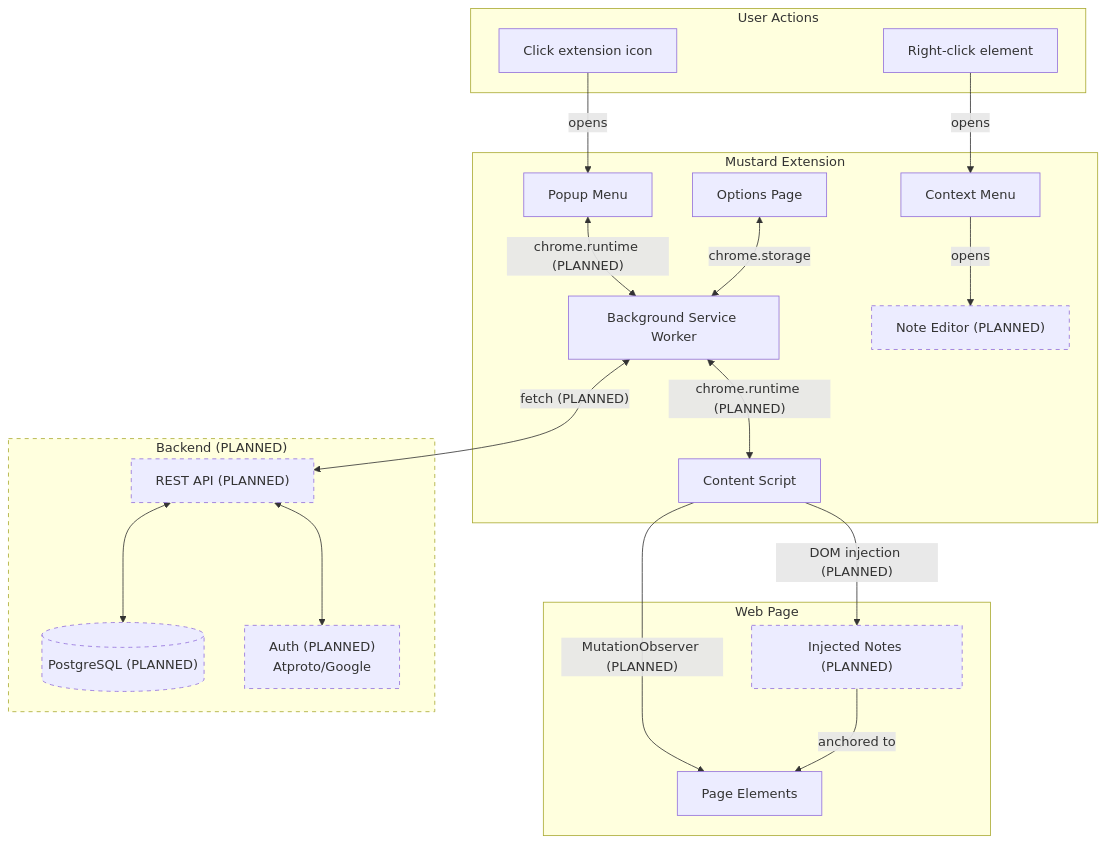
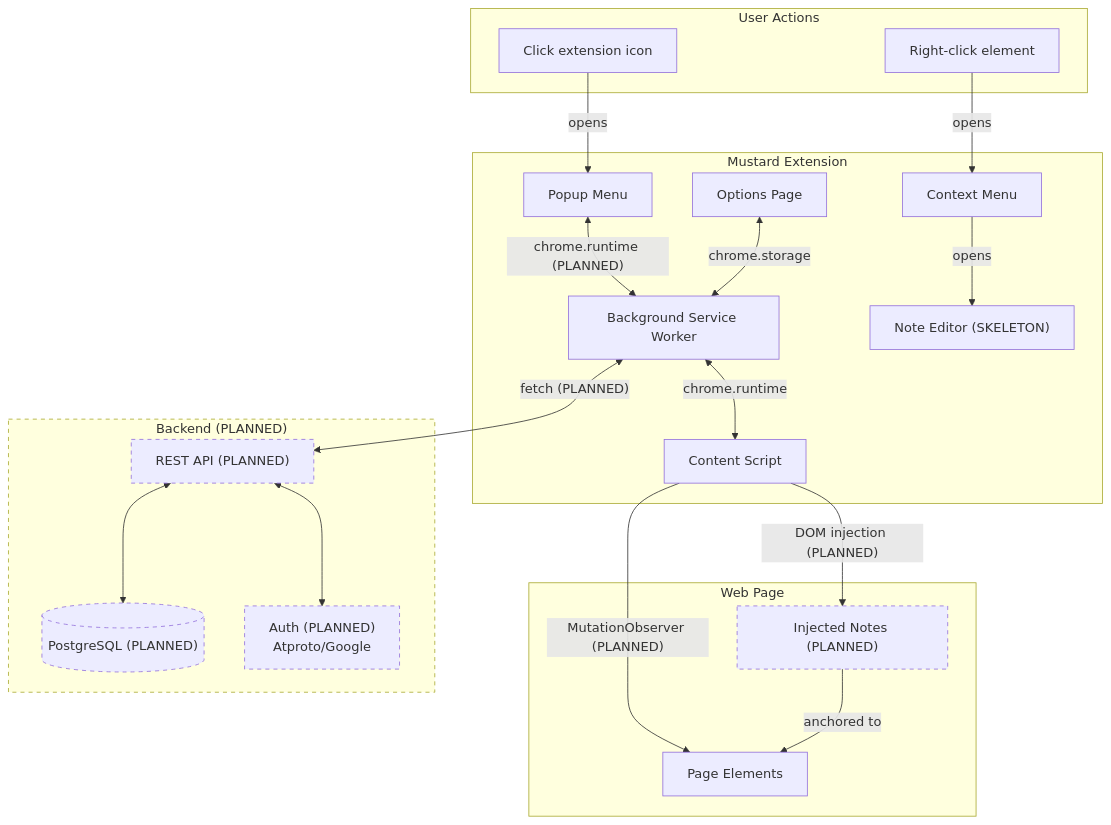
One commit to fettstorch/mustard changed the diagram in PROGRESS.md. Above: the diagram before and after it, drawn with Mermaid. The commit also changed other lines of this file and 2 other files, not shown here.

Commit message:
Position Note Editor at click location with anchor data
- Capture anchor data on right-click: pageUrl, elementId, elementSelector,
  relativePosition (0-100%), clickPosition (xVw, yPx)
- Position editor with fallback: elementId → elementSelector → clickPosition
- Type-safe messaging in src/shared/messaging.ts
- Validate selectors at creation time

````diff
--- a/PROGRESS.md
+++ b/PROGRESS.md
@@ -7,50 +7,49 @@
 ```mermaid
 flowchart TB
     subgraph User["User Actions"]
         Click["Click extension icon"]
         RightClick["Right-click element"]
     end
 
     subgraph Extension["Mustard Extension"]
         Popup["Popup Menu"]
         Options["Options Page"]
         BG["Background Service Worker"]
         CS["Content Script"]
         CtxMenu["Context Menu"]
-        NoteEditor["Note Editor (PLANNED)"]
+        NoteEditor["Note Editor (SKELETON)"]
     end
 
     subgraph Page["Web Page"]
         Elements["Page Elements"]
         Notes["Injected Notes (PLANNED)"]
     end
 
     subgraph Backend["Backend (PLANNED)"]
         API["REST API (PLANNED)"]
         DB[("PostgreSQL (PLANNED)")]
         Auth["Auth (PLANNED)<br/>Atproto/Google"]
     end
 
     Click -->|"opens"| Popup
     RightClick -->|"opens"| CtxMenu
     CtxMenu -->|"opens"| NoteEditor
 
     Popup <-->|"chrome.runtime (PLANNED)"| BG
     Options <-->|"chrome.storage"| BG
-    BG <-->|"chrome.runtime (PLANNED)"| CS
+    BG <-->|"chrome.runtime"| CS
 
     CS -->|"MutationObserver (PLANNED)"| Elements
     CS -->|"DOM injection (PLANNED)"| Notes
     Notes -->|"anchored to"| Elements
 
     BG <-->|"fetch (PLANNED)"| API
     API <--> DB
     API <--> Auth
 
-    style NoteEditor stroke-dasharray: 5 5
     style Notes stroke-dasharray: 5 5
     style Backend stroke-dasharray: 5 5
     style API stroke-dasharray: 5 5
     style DB stroke-dasharray: 5 5
     style Auth stroke-dasharray: 5 5
 ```
````
